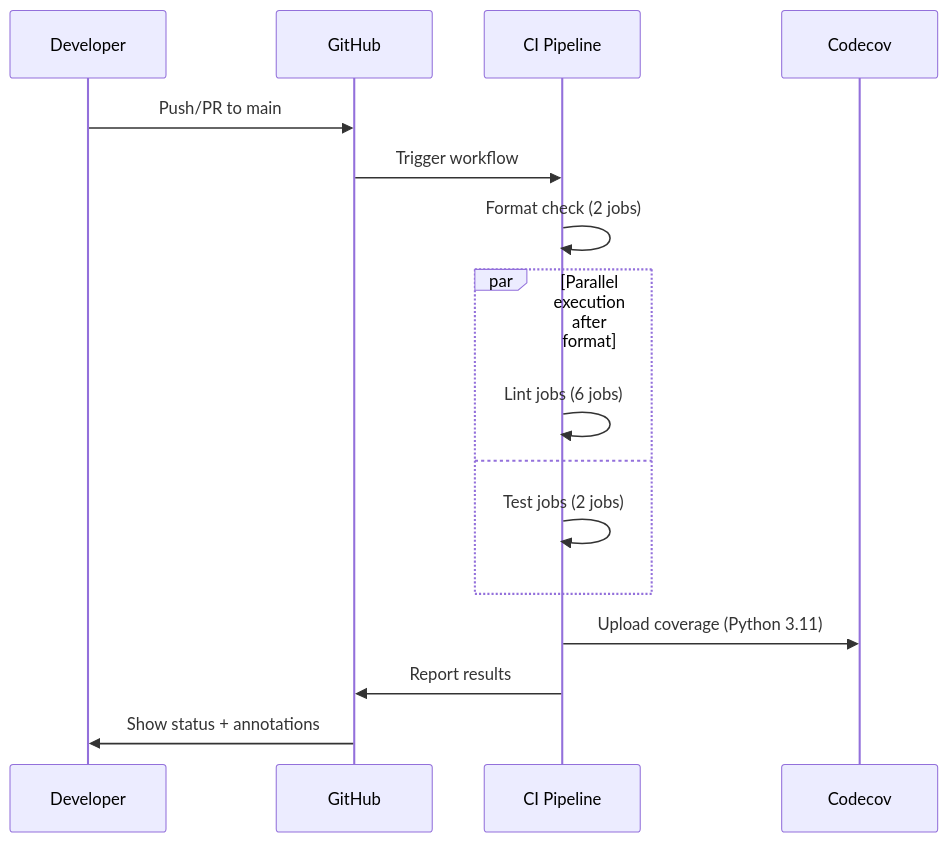
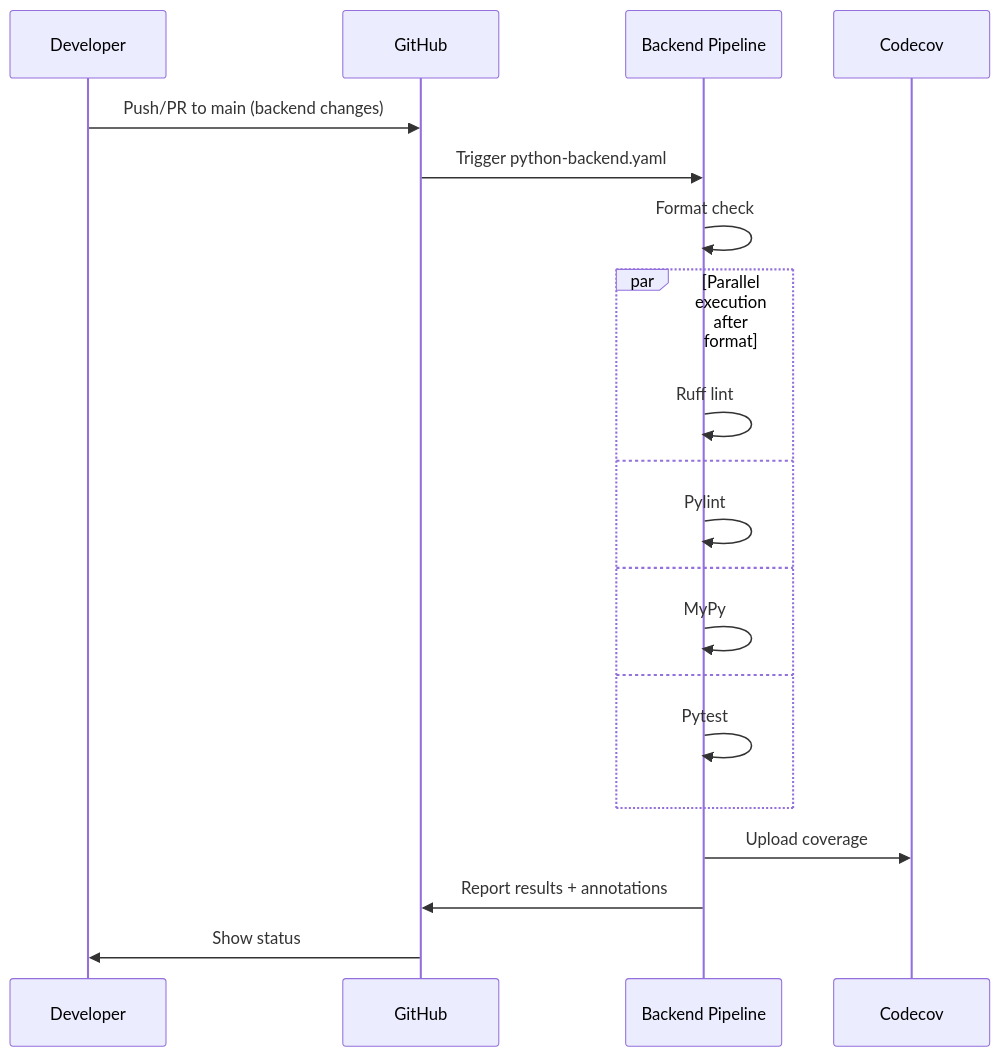
Before and after one commit to OpenRailAssociation/dac-migration-dss-popupsim: the second of 4 diagrams in docs/ci-cd.md, drawn with Mermaid. The commit also changed other lines of this file and 86 other files, not shown here.

````diff
--- a/docs/ci-cd.md
+++ b/docs/ci-cd.md
@@ -78,22 +193,26 @@
 ```mermaid
 sequenceDiagram
     participant Dev as Developer
     participant GH as GitHub
-    participant CI as CI Pipeline
+    participant CI as Backend Pipeline
     participant CC as Codecov
 
-    Dev->>GH: Push/PR to main
-    GH->>CI: Trigger workflow
+    Dev->>GH: Push/PR to main (backend changes)
+    GH->>CI: Trigger python-backend.yaml
 
-    CI->>CI: Format check (2 jobs)
+    CI->>CI: Format check
 
     par Parallel execution after format
-        CI->>CI: Lint jobs (6 jobs)
+        CI->>CI: Ruff lint
     and
-        CI->>CI: Test jobs (2 jobs)
+        CI->>CI: Pylint
+    and
+        CI->>CI: MyPy
+    and
+        CI->>CI: Pytest
     end
 
-    CI->>CC: Upload coverage (Python 3.11)
-    CI->>GH: Report results
-    GH->>Dev: Show status + annotations
+    CI->>CC: Upload coverage
+    CI->>GH: Report results + annotations
+    GH->>Dev: Show status
 ```
````
